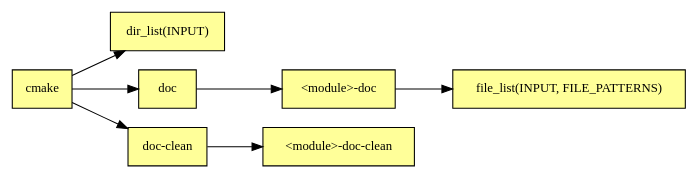
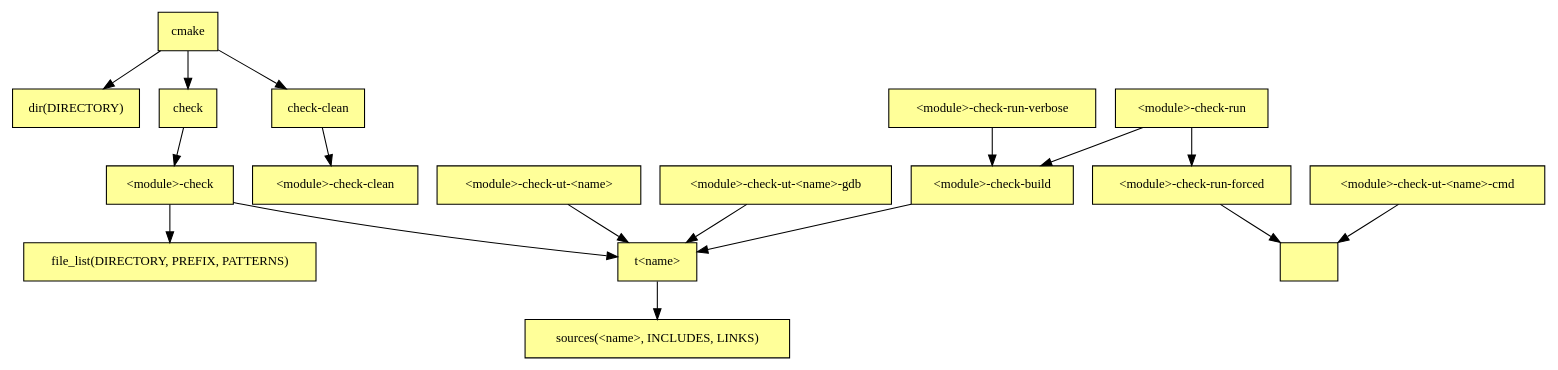
The diagram in docs/ref.check.rst (psycofdj/xtdmake), drawn with Graphviz before and after one commit. The commit also changed other lines of this file and 18 other files, not shown here.

```diff
--- a/docs/ref.check.rst
+++ b/docs/ref.check.rst
@@ -97,12 +220,21 @@
 .. graphviz::
 
    digraph G {
-     rankdir="LR";
      node [shape=box, style=filled, fillcolor="#ffff99", fontsize=12];
-     "cmake" -> "dir_list(INPUT)"
-     "cmake" -> "doc"
-     "cmake" -> "doc-clean"
-     "doc" -> "<module>-doc"
-     "<module>-doc" -> "file_list(INPUT, FILE_PATTERNS)"
-     "doc-clean" -> "<module>-doc-clean"
+     "cmake"                        -> "dir(DIRECTORY)"
+     "cmake"                        -> "check"
+     "cmake"                        -> "check-clean"
+     "check"                        -> "<module>-check"
+     "check-clean"                  -> "<module>-check-clean"
+     "<module>-check"               -> "t<name>"
+     "<module>-check"               -> "file_list(DIRECTORY, PREFIX, PATTERNS)"
+     "t<name>"                      -> "sources(<name>, INCLUDES, LINKS)"
+     "<module>-check-ut-<name>"     -> "t<name>"
+     "<module>-check-ut-<name>-gdb" -> "t<name>"
+     "<module>-check-ut-<name>-cmd" -> ""
+     "<module>-check-build"         -> "t<name>"
+     "<module>-check-run-forced"    -> ""
+     "<module>-check-run-verbose"   -> "<module>-check-build"
+     "<module>-check-run"           -> "<module>-check-build"
+     "<module>-check-run"           -> "<module>-check-run-forced"
    }
```
